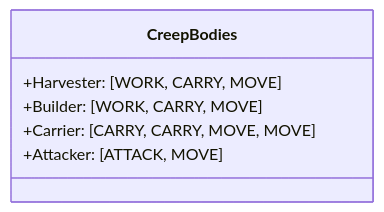
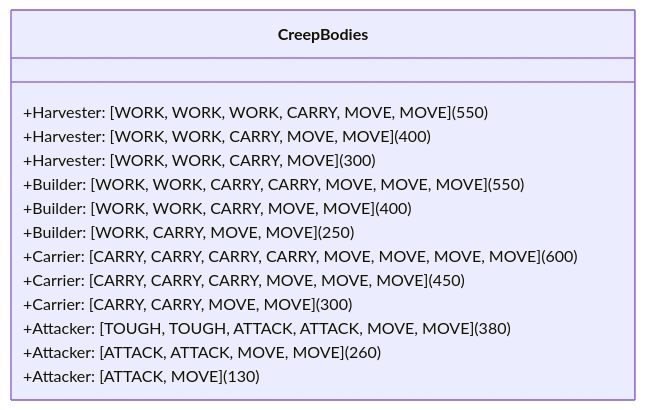
Before and after one commit to ekolvah/screeps: the eighth of 9 diagrams in architecture.md, drawn with Mermaid. The commit also changed other lines of this file and 7 other files, not shown here.

````diff
--- a/architecture.md
+++ b/architecture.md
@@ -168,9 +196,17 @@
 ```mermaid
 classDiagram
     class CreepBodies {
-        +Harvester: [WORK, CARRY, MOVE]
-        +Builder: [WORK, CARRY, MOVE]
-        +Carrier: [CARRY, CARRY, MOVE, MOVE]
-        +Attacker: [ATTACK, MOVE]
+        +Harvester: [WORK, WORK, WORK, CARRY, MOVE, MOVE] (550)
+        +Harvester: [WORK, WORK, CARRY, MOVE, MOVE] (400)
+        +Harvester: [WORK, WORK, CARRY, MOVE] (300)
+        +Builder: [WORK, WORK, CARRY, CARRY, MOVE, MOVE, MOVE] (550)
+        +Builder: [WORK, WORK, CARRY, MOVE, MOVE] (400)
+        +Builder: [WORK, CARRY, MOVE, MOVE] (250)
+        +Carrier: [CARRY, CARRY, CARRY, CARRY, MOVE, MOVE, MOVE, MOVE] (600)
+        +Carrier: [CARRY, CARRY, CARRY, MOVE, MOVE, MOVE] (450)
+        +Carrier: [CARRY, CARRY, MOVE, MOVE] (300)
+        +Attacker: [TOUGH, TOUGH, ATTACK, ATTACK, MOVE, MOVE] (380)
+        +Attacker: [ATTACK, ATTACK, MOVE, MOVE] (260)
+        +Attacker: [ATTACK, MOVE] (130)
     }
 ```
````
